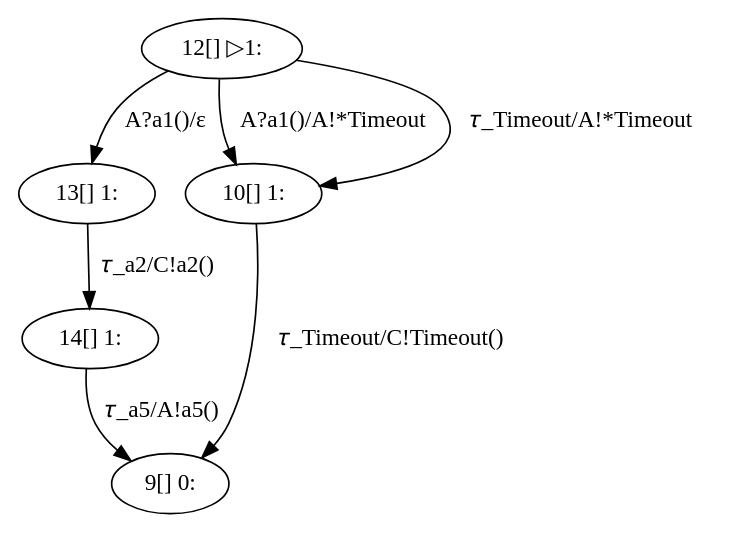
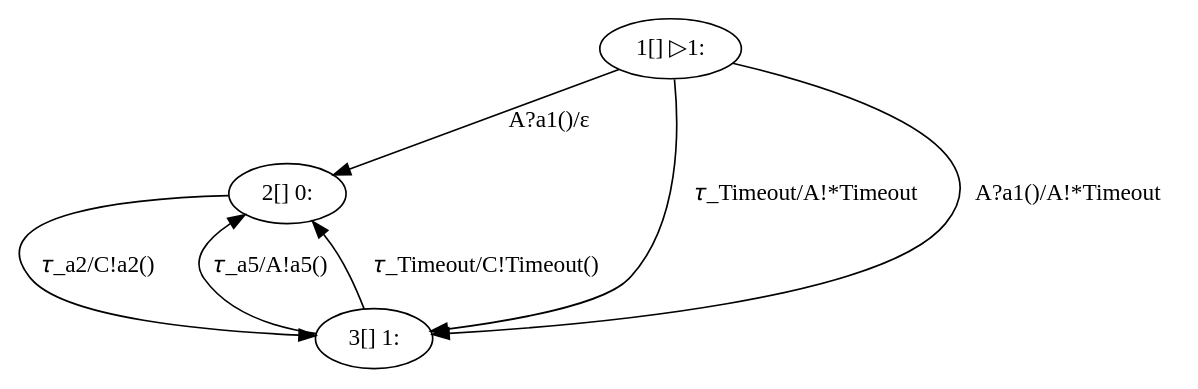
The diagram in generated/Timeout/B.dot (LauraVoinea/scribble-java), drawn with Graphviz before and after one commit. The commit also changed 13 other files, not shown here.

```diff
--- a/generated/Timeout/B.dot
+++ b/generated/Timeout/B.dot
@@ -1,14 +1,13 @@
 digraph G {
 compound = true;
-"12" [ label="12[] ▷1:" ];
-"13" [ label="13[] 1:" ];
-"14" [ label="14[] 1:" ];
-"9" [ label="9[] 0:" ];
-"10" [ label="10[] 1:" ];
-"10" -> "9" [ label="𝜏_Timeout/C!Timeout()" ];
-"12" -> "13" [ label="A?a1()/ε" ];
-"12" -> "10" [ label="A?a1()/A!*Timeout" ];
-"13" -> "14" [ label="𝜏_a2/C!a2()" ];
-"14" -> "9" [ label="𝜏_a5/A!a5()" ];
-"12" -> "10" [ label="𝜏_Timeout/A!*Timeout" ];
+"1" [ label="1[] ▷1:" ];
+"2" [ label="2[] 1:" ];
+"3" [ label="3[] 1:" ];
+"2" [ label="2[] 0:" ];
+"1" -> "3" [ label="𝜏_Timeout/A!*Timeout" ];
+"2" -> "3" [ label="𝜏_a2/C!a2()" ];
+"3" -> "2" [ label="𝜏_a5/A!a5()" ];
+"3" -> "2" [ label="𝜏_Timeout/C!Timeout()" ];
+"1" -> "2" [ label="A?a1()/ε" ];
+"1" -> "3" [ label="A?a1()/A!*Timeout" ];
 }
```
